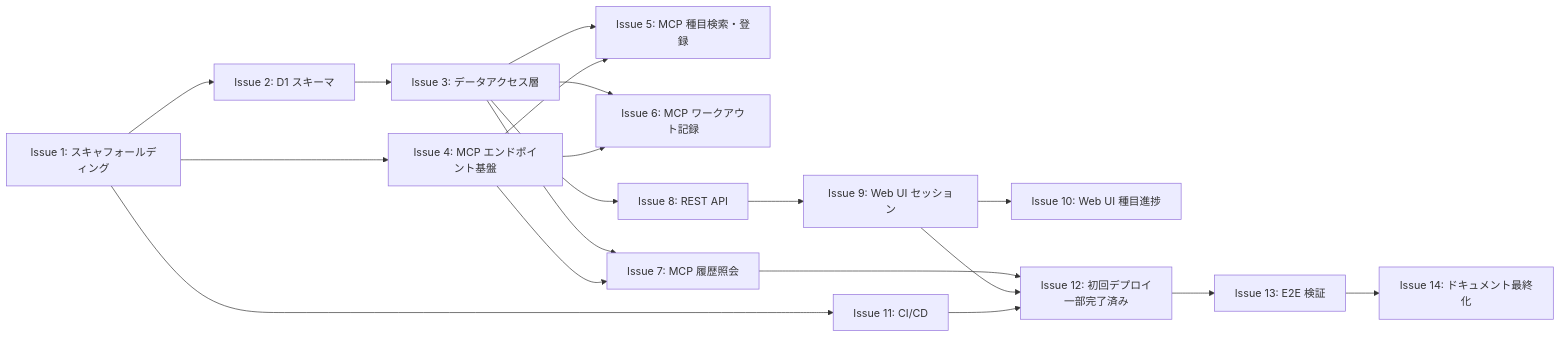
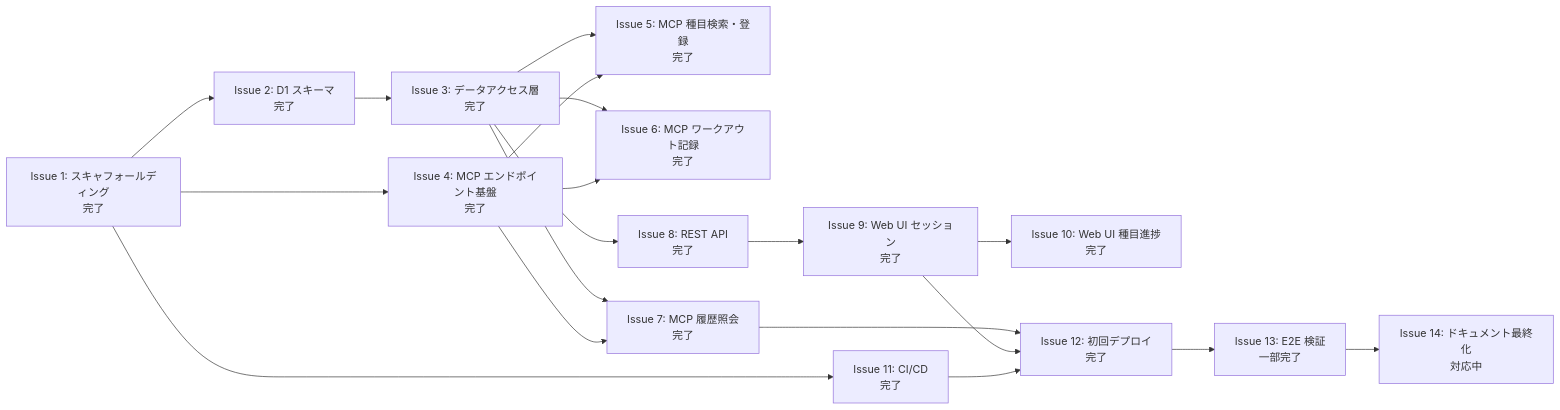
The diagram in docs/roadmap.md (japan4415/training-logger), drawn with Mermaid before and after one commit. The commit also changed other lines of this file and 5 other files, not shown here.

````diff
--- a/docs/roadmap.md
+++ b/docs/roadmap.md
@@ -17,36 +17,36 @@
 ```mermaid
 graph LR
-    I1[Issue 1: スキャフォールディング]
-    I2[Issue 2: D1 スキーマ]
-    I3[Issue 3: データアクセス層]
-    I4[Issue 4: MCP エンドポイント基盤]
-    I5[Issue 5: MCP 種目検索・登録]
-    I6[Issue 6: MCP ワークアウト記録]
-    I7[Issue 7: MCP 履歴照会]
-    I8[Issue 8: REST API]
-    I9[Issue 9: Web UI セッション]
-    I10[Issue 10: Web UI 種目進捗]
-    I11[Issue 11: CI/CD]
-    I12[Issue 12: 初回デプロイ<br/>一部完了済み]
-    I13[Issue 13: E2E 検証]
-    I14[Issue 14: ドキュメント最終化]
+    I1[Issue 1: スキャフォールディング<br/>完了]
+    I2[Issue 2: D1 スキーマ<br/>完了]
+    I3[Issue 3: データアクセス層<br/>完了]
+    I4[Issue 4: MCP エンドポイント基盤<br/>完了]
+    I5[Issue 5: MCP 種目検索・登録<br/>完了]
+    I6[Issue 6: MCP ワークアウト記録<br/>完了]
+    I7[Issue 7: MCP 履歴照会<br/>完了]
+    I8[Issue 8: REST API<br/>完了]
+    I9[Issue 9: Web UI セッション<br/>完了]
+    I10[Issue 10: Web UI 種目進捗<br/>完了]
+    I11[Issue 11: CI/CD<br/>完了]
+    I12[Issue 12: 初回デプロイ<br/>完了]
+    I13[Issue 13: E2E 検証<br/>一部完了]
+    I14[Issue 14: ドキュメント最終化<br/>対応中]
 
     I1 --> I2
     I1 --> I4
     I1 --> I11
     I2 --> I3
     I3 --> I5
     I3 --> I6
     I3 --> I7
     I3 --> I8
     I4 --> I5
     I4 --> I6
     I4 --> I7
     I8 --> I9
     I9 --> I10
     I7 --> I12
     I9 --> I12
     I11 --> I12
     I12 --> I13
     I13 --> I14
 ```
````
